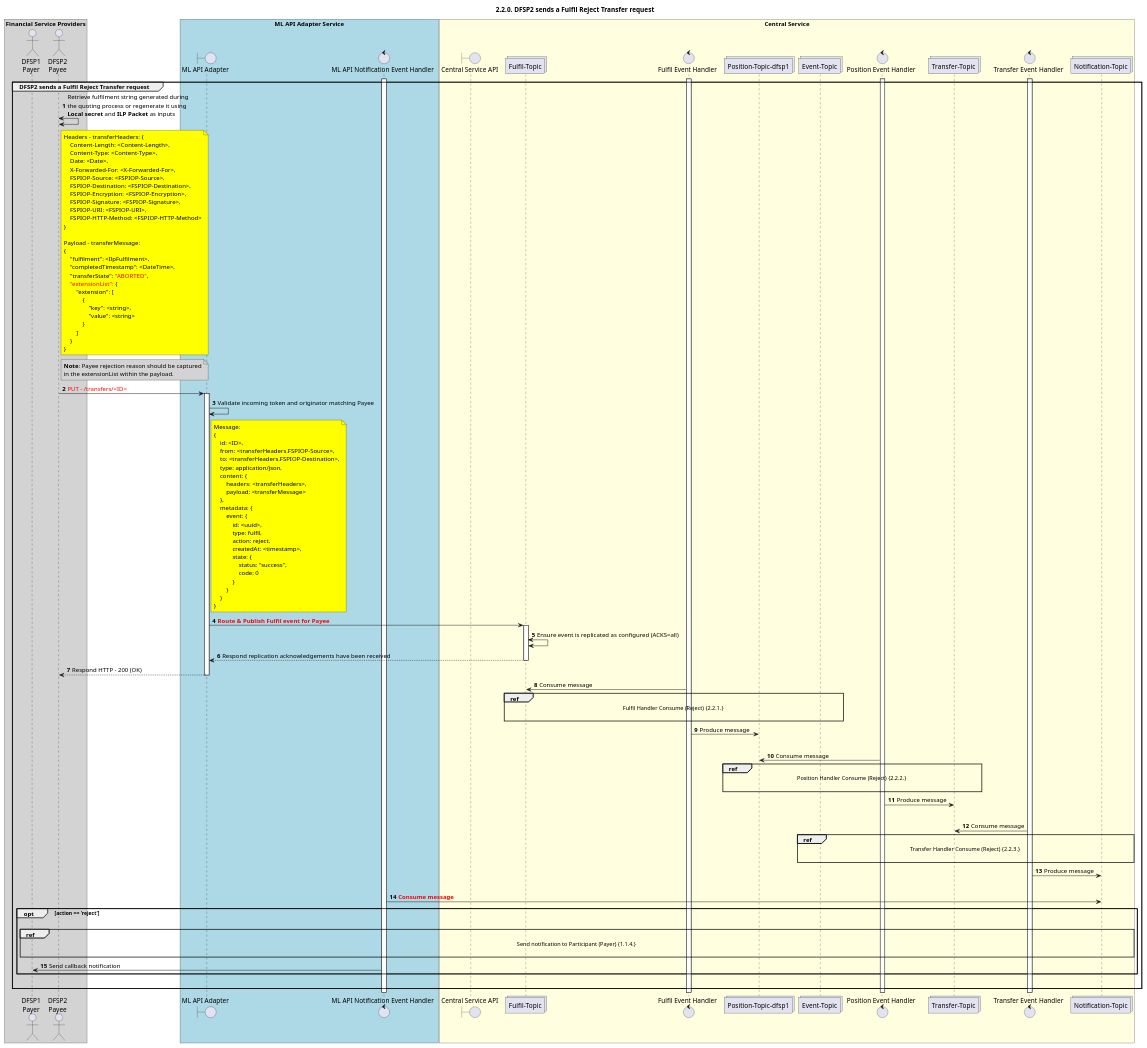
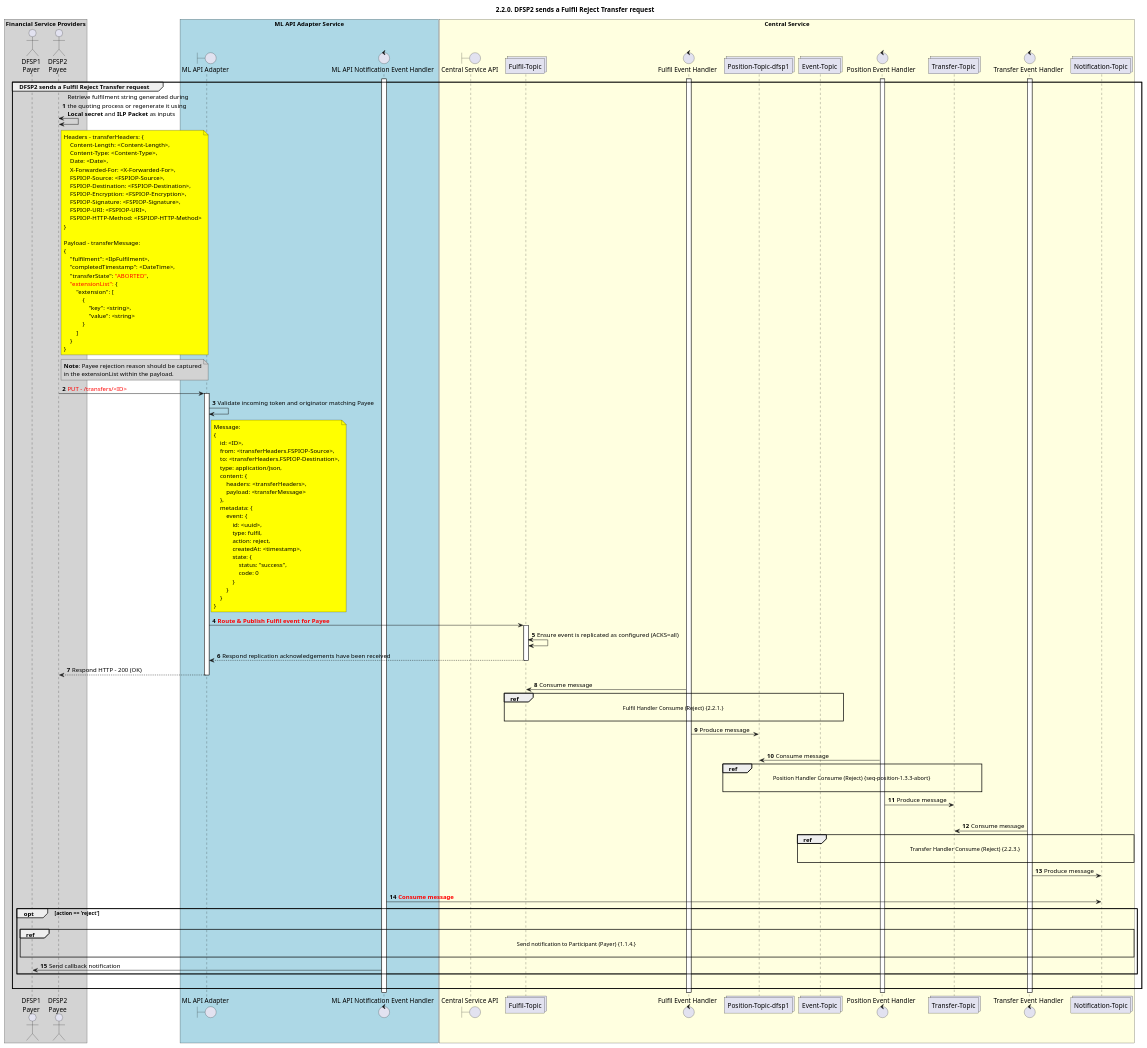
Before and after one commit to ggrg/docs: the diagram in CentralServices/seq_diagrams/seq-reject-2.2.0.plantuml, drawn with PlantUML. The commit also changed 52 other files, not shown here.

```diff
--- a/CentralServices/seq_diagrams/seq-reject-2.2.0.plantuml
+++ b/CentralServices/seq_diagrams/seq-reject-2.2.0.plantuml
@@ -1,151 +1,151 @@
 @startuml
 ' declate title
 title 2.2.0. DFSP2 sends a Fulfil Reject Transfer request
 
 autonumber
 
 ' Actor Keys:
 '   boundary - APIs/Interfaces, etc
 '   collections - Kafka Topics
 '   control - Kafka Consumers
 '   entity - Database Access Objects
 '   database - Database Persistance Store
 
 ' declare actors
 actor "DFSP1\nPayer" as DFSP1
 actor "DFSP2\nPayee" as DFSP2
 boundary "ML API Adapter" as MLAPI
 control "ML API Notification Event Handler" as NOTIFY_HANDLER
 boundary "Central Service API" as CSAPI
 collections "Fulfil-Topic" as TOPIC_FULFIL
 control "Fulfil Event Handler" as FULF_HANDLER
 collections "Position-Topic-dfsp1" as TOPIC_POSITION_DFSP1
 control "Position Event Handler" as POS_HANDLER
 collections "Transfer-Topic" as TOPIC_TRANSFERS
 collections "Event-Topic" as TOPIC_EVENTS
 control "Transfer Event Handler" as TRANS_HANDLER
 collections "Notification-Topic" as TOPIC_NOTIFICATIONS
 
 box "Financial Service Providers" #lightGray
 	participant DFSP1
 	participant DFSP2
 end box
 
 box "ML API Adapter Service" #LightBlue
 	participant MLAPI
 	participant NOTIFY_HANDLER
 end box
 
 box "Central Service" #LightYellow
     participant CSAPI
 	participant TOPIC_FULFIL
     participant FULF_HANDLER
     participant TOPIC_POSITION_DFSP1
     participant TOPIC_EVENTS
     participant POS_HANDLER
     participant TOPIC_TRANSFERS
     participant TRANS_HANDLER
     participant TOPIC_NOTIFICATIONS
 end box
 
 ' start flow
 activate NOTIFY_HANDLER
 activate FULF_HANDLER
 activate POS_HANDLER
 activate TRANS_HANDLER
 group DFSP2 sends a Fulfil Reject Transfer request
     DFSP2 <-> DFSP2: Retrieve fulfilment string generated during\nthe quoting process or regenerate it using\n**Local secret** and **ILP Packet** as inputs
     note right of DFSP2 #yellow
         Headers - transferHeaders: {
             Content-Length: <Content-Length>,
             Content-Type: <Content-Type>,
             Date: <Date>,
             X-Forwarded-For: <X-Forwarded-For>,
             FSPIOP-Source: <FSPIOP-Source>,
             FSPIOP-Destination: <FSPIOP-Destination>,
             FSPIOP-Encryption: <FSPIOP-Encryption>,
             FSPIOP-Signature: <FSPIOP-Signature>,
             FSPIOP-URI: <FSPIOP-URI>,
             FSPIOP-HTTP-Method: <FSPIOP-HTTP-Method>
         }
 
         Payload - transferMessage:
         {
             "fulfilment": <IlpFulfilment>,
             "completedTimestamp": <DateTime>,
             "transferState": <color #FF0000>"ABORTED"</color>,
             <color #FF0000>"extensionList":</color> {
                 "extension": [
                     {
                         "key": <string>,
                         "value": <string>
                     }
                 ]
             }
         }
     end note
     note right of DFSP2 #lightgray
         **Note**: Payee rejection reason should be captured
         in the extensionList within the payload.
     end note
     DFSP2 -> MLAPI: <color #FF0000>PUT - /transfers/<ID></color>
     
     activate MLAPI
     MLAPI -> MLAPI: Validate incoming token and originator matching Payee
     note right of MLAPI #yellow
         Message:
         {
             id: <ID>,
             from: <transferHeaders.FSPIOP-Source>,
             to: <transferHeaders.FSPIOP-Destination>,
             type: application/json,
             content: {
                 headers: <transferHeaders>,
                 payload: <transferMessage>
             },
             metadata: {
                 event: {
                     id: <uuid>,
                     type: fulfil,
                     action: reject,
                     createdAt: <timestamp>,
                     state: {
                         status: "success",
                         code: 0
                     }
                 }
             }
         }
     end note
     MLAPI -> TOPIC_FULFIL: <color #FF0000>**Route & Publish Fulfil event for Payee**</color>
     activate TOPIC_FULFIL
     TOPIC_FULFIL <-> TOPIC_FULFIL: Ensure event is replicated as configured (ACKS=all)
     TOPIC_FULFIL --> MLAPI: Respond replication acknowledgements have been received
     deactivate TOPIC_FULFIL
     MLAPI --> DFSP2: Respond HTTP - 200 (OK)
     deactivate MLAPI
     TOPIC_FULFIL <- FULF_HANDLER: Consume message
-    ref over TOPIC_FULFIL, TOPIC_EVENTS :  Fulfil Handler Consume (Reject) {2.2.1.} \n
+    ref over TOPIC_FULFIL, TOPIC_EVENTS: Fulfil Handler Consume (Reject) {2.2.1.} \n
     FULF_HANDLER -> TOPIC_POSITION_DFSP1: Produce message
     |||
     TOPIC_POSITION_DFSP1 <- POS_HANDLER: Consume message
-    ref over TOPIC_POSITION_DFSP1, TOPIC_TRANSFERS :  Position Handler Consume (Reject) {2.2.2.} \n
+    ref over TOPIC_POSITION_DFSP1, TOPIC_TRANSFERS: Position Handler Consume (Reject) {seq-position-1.3.3-abort} \n
     POS_HANDLER -> TOPIC_TRANSFERS: Produce message
     |||
     TOPIC_TRANSFERS <- TRANS_HANDLER: Consume message
-    ref over TOPIC_EVENTS, TOPIC_NOTIFICATIONS : Transfer Handler Consume (Reject) {2.2.3.} \n
+    ref over TOPIC_EVENTS, TOPIC_NOTIFICATIONS: Transfer Handler Consume (Reject) {2.2.3.} \n
     TRANS_HANDLER -> TOPIC_NOTIFICATIONS: Produce message
     |||
     TOPIC_NOTIFICATIONS <- NOTIFY_HANDLER: <color #FF0000>**Consume message**</color>
     opt action == 'reject'
         |||
-        ref over DFSP1, TOPIC_NOTIFICATIONS : Send notification to Participant (Payer) {1.1.4.} \n
+        ref over DFSP1, TOPIC_NOTIFICATIONS: Send notification to Participant (Payer) {1.1.4.} \n
         NOTIFY_HANDLER -> DFSP1: Send callback notification
     end
     |||
 end
 activate TRANS_HANDLER
 activate POS_HANDLER
 activate FULF_HANDLER
 activate NOTIFY_HANDLER
 @enduml
```
